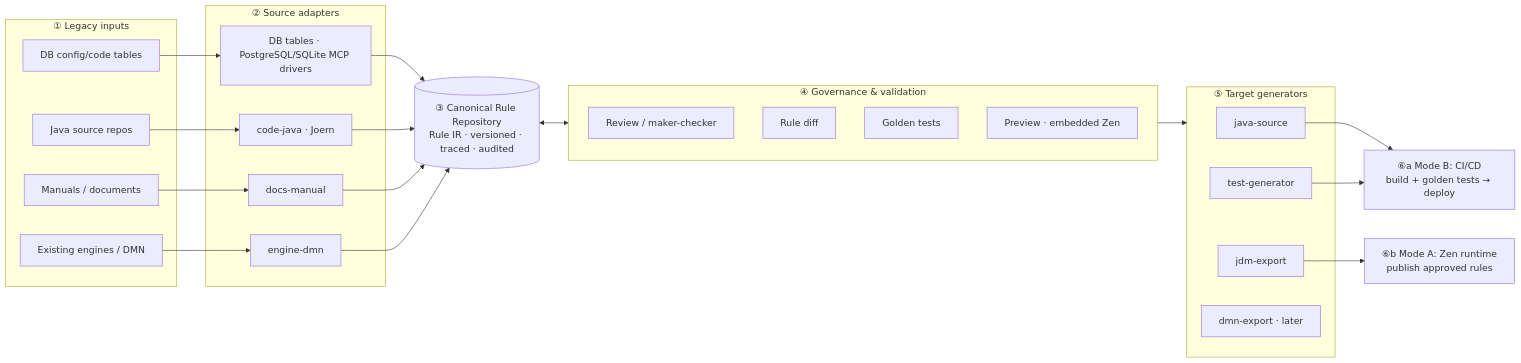
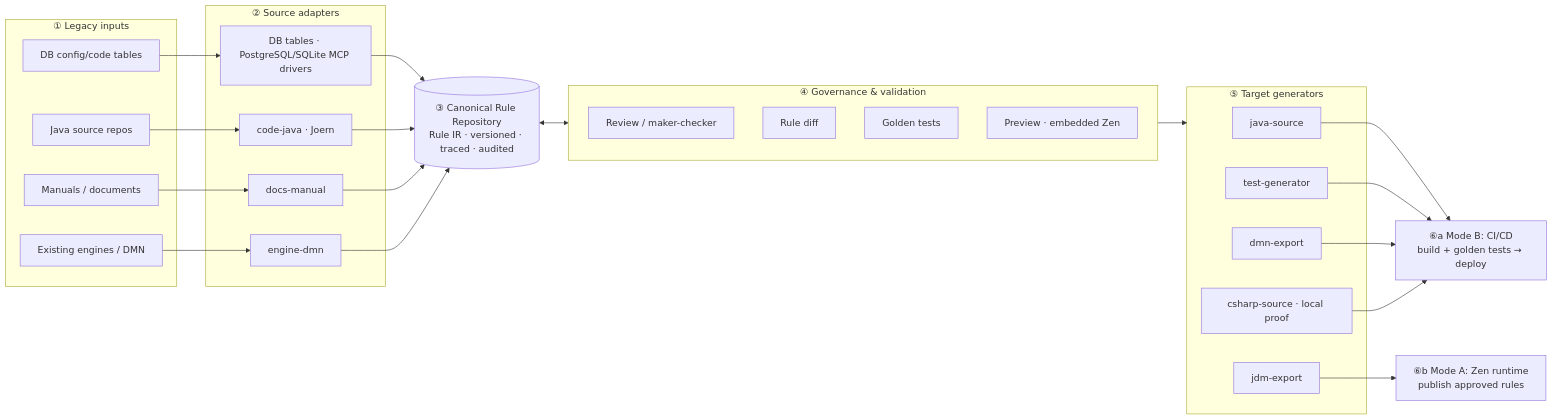
One commit to ToanLM1/rule changed the diagram in architecture.md. Above: the diagram before and after it, drawn with Mermaid. The commit also changed other lines of this file and 4 other files, not shown here.

Commit message:
docs(phase3): align scale architecture and evidence boundaries

````diff
--- a/architecture.md
+++ b/architecture.md
@@ -117,40 +117,43 @@
 ```mermaid
 flowchart LR
     subgraph IN["① Legacy inputs"]
         A1[DB config/code tables]
         A2[Java source repos]
         A3[Manuals / documents]
         A4[Existing engines / DMN]
     end
     subgraph SA["② Source adapters"]
         B1[DB tables · PostgreSQL/SQLite MCP drivers]
         B2[code-java · Joern]
         B3[engine-dmn]
         B4[docs-manual]
     end
     C[("③ Canonical Rule Repository<br/>Rule IR · versioned · traced · audited")]
     subgraph GV["④ Governance & validation"]
         D1[Review / maker-checker]
         D2[Rule diff]
         D3[Golden tests]
         D4[Preview · embedded Zen]
     end
     subgraph TG["⑤ Target generators"]
         E1[java-source]
         E2[jdm-export]
         E3[test-generator]
-        E4[dmn-export · later]
+        E4[dmn-export]
+        E5[csharp-source · local proof]
     end
     F1["⑥a Mode B: CI/CD<br/>build + golden tests → deploy"]
     F2["⑥b Mode A: Zen runtime<br/>publish approved rules"]
 
     A1-->B1 --> C
     A2-->B2 --> C
     A3-->B4 --> C
     A4-->B3 --> C
     C<-->GV
     GV-->TG
     E1-->F1
     E3-->F1
+    E4-->F1
+    E5-->F1
     E2-->F2
 ```
````
